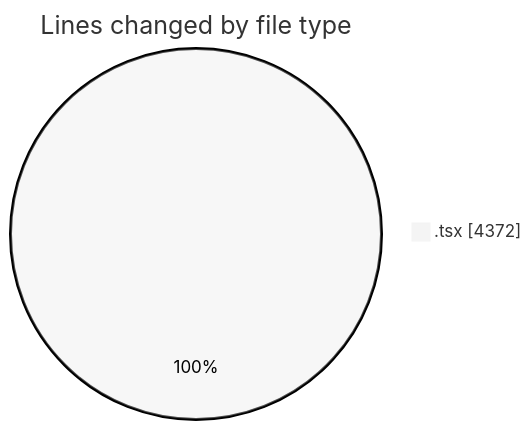
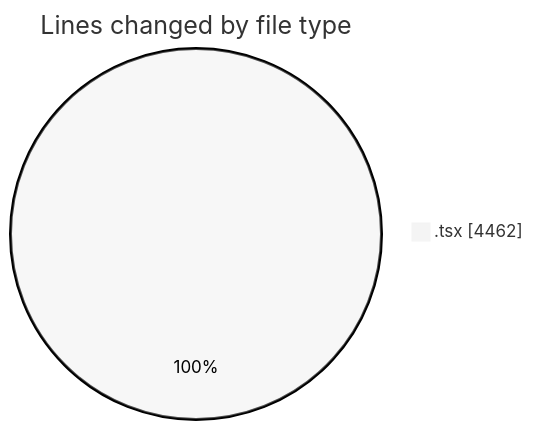
Before and after one commit to nxtqubesakshisongat/code-tracking: the first of 2 diagrams in 2026-06-25/nxtqube_webapp/README.md, drawn with Mermaid (neutral theme). The commit also changed other lines of this file and 1 other file, not shown here.

````diff
--- a/2026-06-25/nxtqube_webapp/README.md
+++ b/2026-06-25/nxtqube_webapp/README.md
@@ -22,5 +22,5 @@
 ```mermaid
 pie showData
 title Lines changed by file type
-".tsx" : 4372
+".tsx" : 4462
 ```
````
